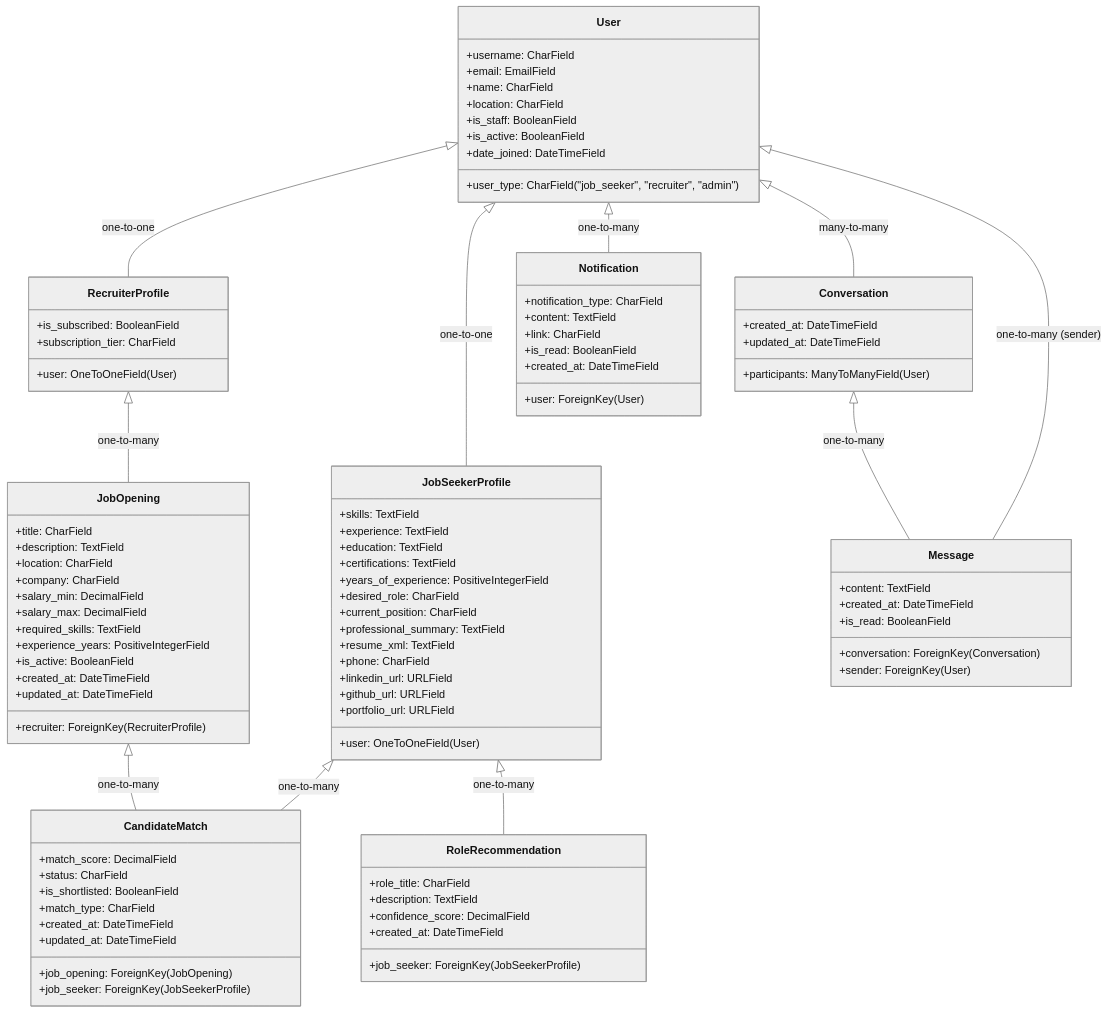
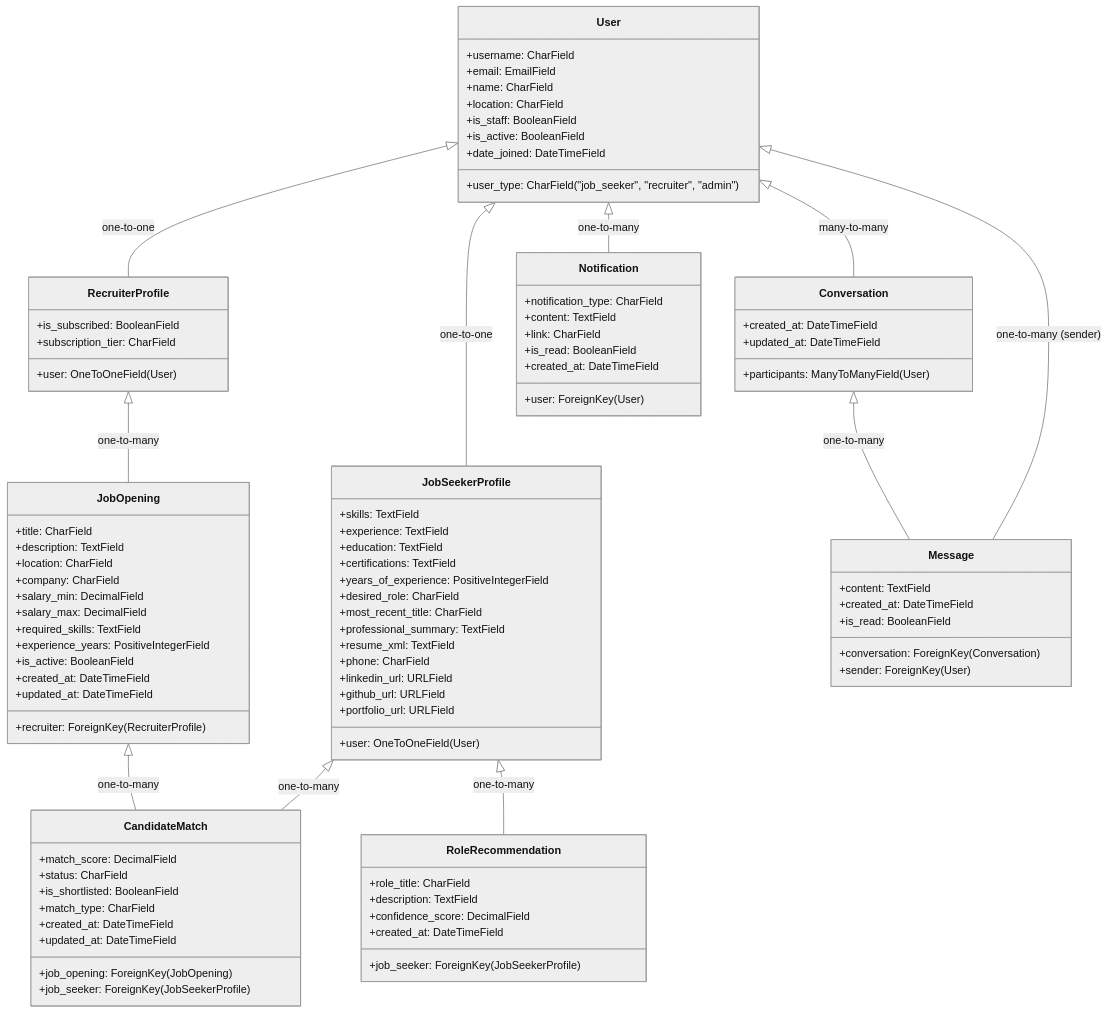
The diagram in docs/MODELS.md (btfranklin/hiredar-saas-archive), drawn with Mermaid (neutral theme) before and after one commit. The commit also changed other lines of this file and 11 other files, not shown here.

Commit message:
Rename 'current_position' to 'most_recent_title' in JobSeekerProfile model and update related admin, management commands, templates, and tests accordingly. This change enhances clarity in job seeker profiles and ensures consistent terminology across the application.

```diff
--- a/docs/MODELS.md
+++ b/docs/MODELS.md
@@ -36,7 +36,7 @@
         +certifications: TextField
         +years_of_experience: PositiveIntegerField
         +desired_role: CharField
-        +current_position: CharField
+        +most_recent_title: CharField
         +professional_summary: TextField
         +resume_xml: TextField
         +phone: CharField
```
